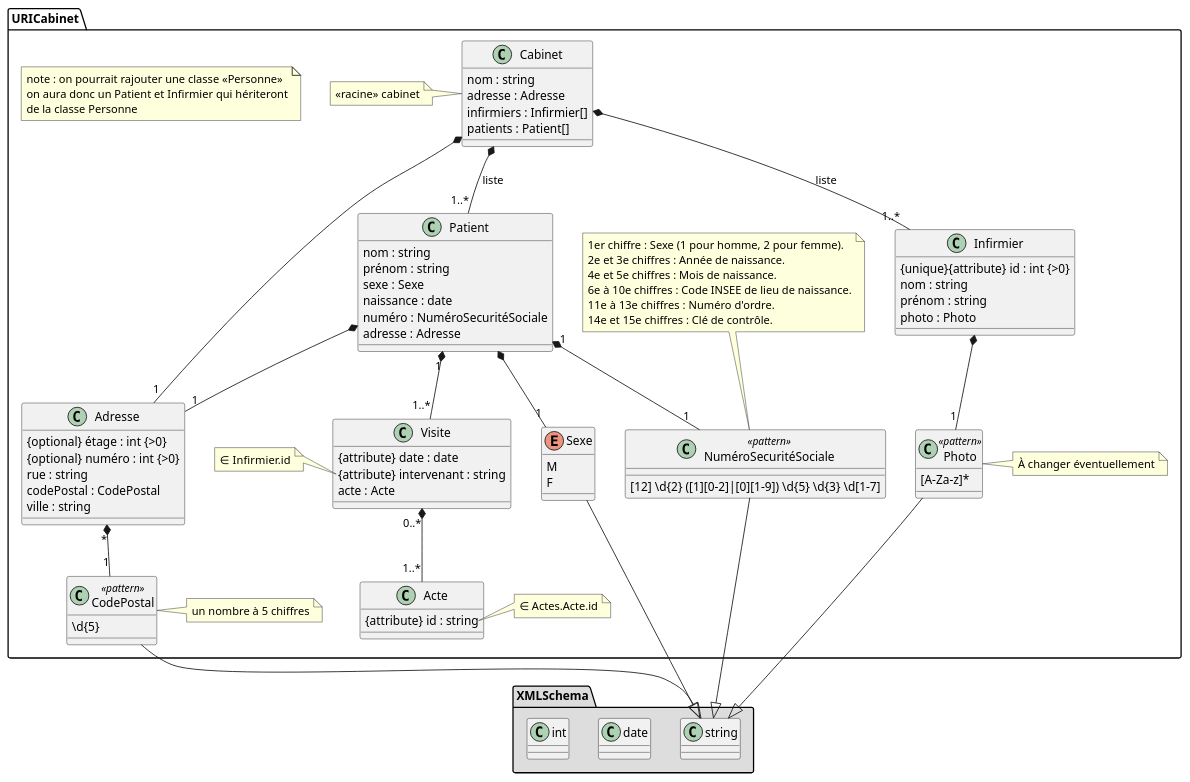
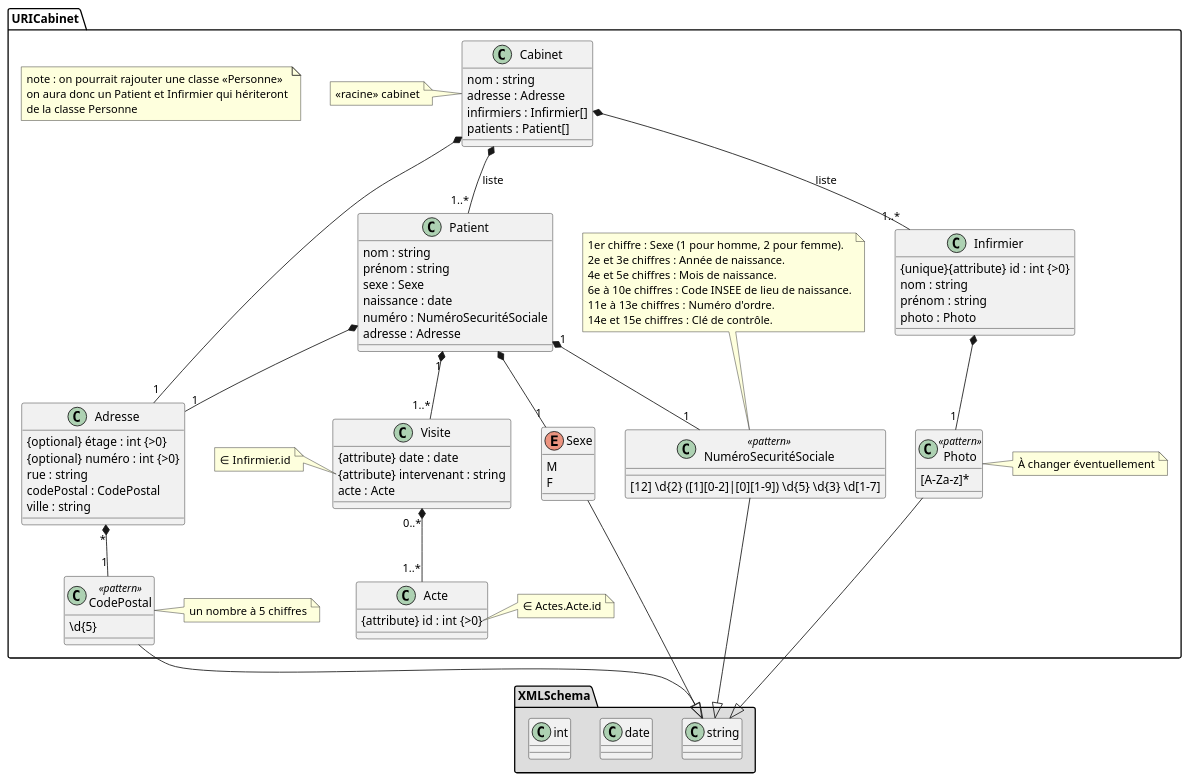
One commit to TennesseeAlves/CabinetInfirmier changed the diagram in data/uml/cabinet_omar.puml. Above: the diagram before and after it, drawn with PlantUML. The commit also changed 5 other files, not shown here.

```diff
--- a/data/uml/cabinet_omar.puml
+++ b/data/uml/cabinet_omar.puml
@@ -1,120 +1,120 @@
 @startuml
 
 'skinparam linetype ortho
 'l'instruction au dessus est pour avoir des lignes orthogonales...
 
 package XMLSchema #DDDDDD {
     class string
     class date
     class int
 }
 package URICabinet {
     note as noteHeritagePersonne
         note : on pourrait rajouter une classe «Personne»
         on aura donc un Patient et Infirmier qui hériteront
         de la classe Personne
     end note
     
     class Cabinet {
         nom : string
         adresse : Adresse
         infirmiers : Infirmier[]
         patients : Patient[]
     }
     note left of Cabinet
         <<racine>> cabinet
     end note
     
     class Infirmier {
         {unique}{attribute} id : int {>0} 
         nom : string
         prénom : string
         photo : Photo
     }
     class Photo <<pattern>> {
         [A-Za-z]*
     }
     note right of Photo
         À changer éventuellement
     end note
     
     class Patient {
         nom : string
         prénom : string
         sexe : Sexe
         naissance : date
         numéro : NuméroSecuritéSociale
         adresse : Adresse
     }
     
     class Adresse {
         {optional} étage : int {>0}
         {optional} numéro : int {>0}
         rue : string
         codePostal : CodePostal
         ville : string
     }
     
     Enum Sexe  {
         M
         F
     }
     
     class NuméroSecuritéSociale <<pattern>> {
         [12] \d{2} ([1][0-2]|[0][1-9]) \d{5} \d{3} \d[1-7]
     }
     note top of NuméroSecuritéSociale
         1er chiffre : Sexe (1 pour homme, 2 pour femme).
         2e et 3e chiffres : Année de naissance.
         4e et 5e chiffres : Mois de naissance.
         6e à 10e chiffres : Code INSEE de lieu de naissance.
         11e à 13e chiffres : Numéro d'ordre.
         14e et 15e chiffres : Clé de contrôle.
     end note
     
     class CodePostal <<pattern>> {
         \d{5}
     }
     note right of CodePostal
         un nombre à 5 chiffres
     end note
     
     class Visite {
         {attribute} date : date
         {attribute} intervenant : string
         acte : Acte
     }
     note left of Visite::intervenant
         ∈ Infirmier.id
         'intervenant ∈ Infirmier.id
     end note
     
     class Acte {
-        {attribute} id : string
+        {attribute} id : int {>0}
     }
     note right of Acte::id
         ∈ Actes.Acte.id
         'id ∈ Acte.id
     end note
     
     Cabinet *--"1..*" Infirmier : liste
     Cabinet *--"1..*" Patient : liste
     Cabinet *--"1" Adresse
     
     Infirmier *-- "1" Photo
     
     Patient *--"1" Sexe
     Patient "1"*--"1..*" Visite
     Patient "1"*--"1" NuméroSecuritéSociale
     Patient *--"1" Adresse
     
     Visite "0..*"*--"1..*" Acte
     
     Adresse "*" *--"1" CodePostal
     
     Sexe --|> string
     NuméroSecuritéSociale --|> string
     CodePostal --|> string
     Photo --|> string
 }
 @enduml
```
